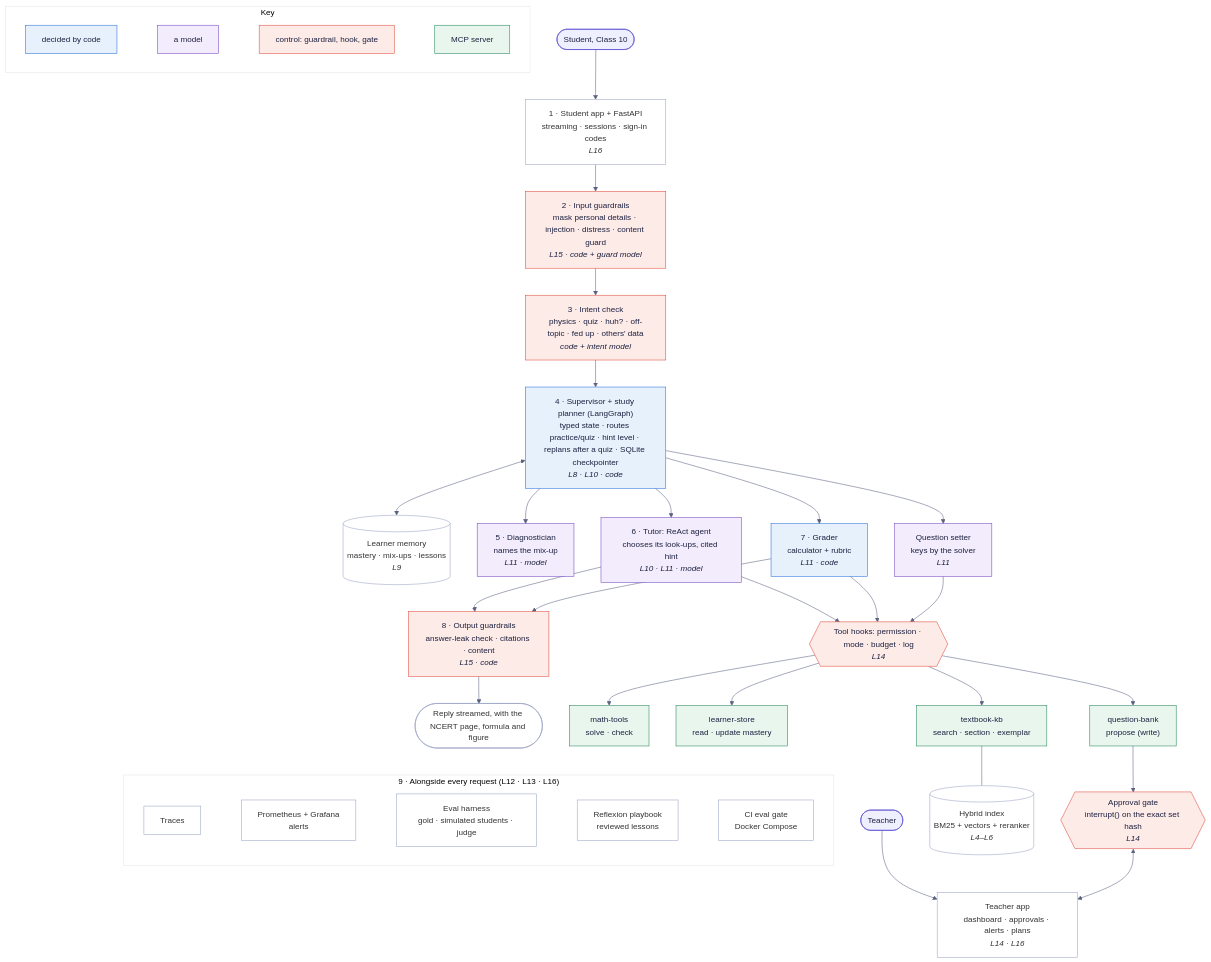
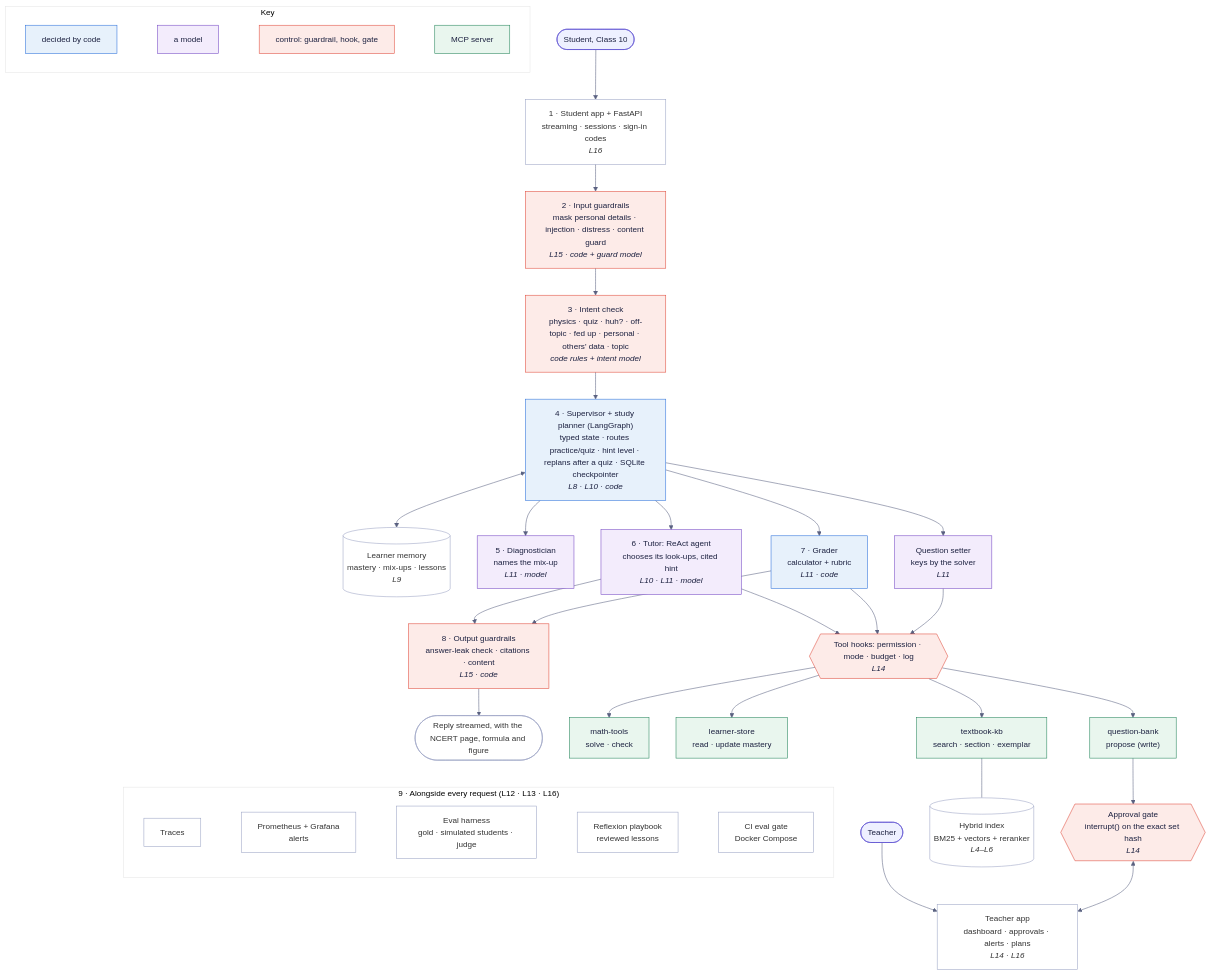
The diagram in docs/architecture.mmd (jileshl/Socratic), drawn with Mermaid before and after one commit. The commit also changed 2 other files, not shown here.

```diff
--- a/docs/architecture.mmd
+++ b/docs/architecture.mmd
@@ -1,41 +1,41 @@
 %%{init: {"theme":"base","themeVariables":{"fontFamily":"Arial","fontSize":"15px","primaryColor":"#ffffff","primaryBorderColor":"#9aa3c4","lineColor":"#5a6180"}}}%%
 flowchart TB
   S([Student, Class 10]):::person --> UI
   T([Teacher]):::person --> TV
   UI["1 · Student app + FastAPI<br/>streaming · sessions · sign-in codes<br/><i>L16</i>"]
   TV["Teacher app<br/>dashboard · approvals · alerts · plans<br/><i>L14 · L16</i>"]
   UI --> IG["2 · Input guardrails<br/>mask personal details · injection · distress · content guard<br/><i>L15 · code + guard model</i>"]:::control
-  IG --> IC["3 · Intent check<br/>physics · quiz · huh? · off-topic · fed up · others' data<br/><i>code + intent model</i>"]:::control
+  IG --> IC["3 · Intent check<br/>physics · quiz · huh? · off-topic · fed up · personal · others' data · topic<br/><i>code rules + intent model</i>"]:::control
   IC --> SUP["4 · Supervisor + study planner (LangGraph)<br/>typed state · routes practice/quiz · hint level · replans after a quiz · SQLite checkpointer<br/><i>L8 · L10 · code</i>"]:::code
   SUP <--> MEM[("Learner memory<br/>mastery · mix-ups · lessons<br/><i>L9</i>")]
   SUP --> D["5 · Diagnostician<br/>names the mix-up<br/><i>L11 · model</i>"]:::model
   SUP --> TU["6 · Tutor: ReAct agent<br/>chooses its look-ups, cited hint<br/><i>L10 · L11 · model</i>"]:::model
   SUP --> G["7 · Grader<br/>calculator + rubric<br/><i>L11 · code</i>"]:::code
   SUP --> QS["Question setter<br/>keys by the solver<br/><i>L11</i>"]:::model
   TU --> H{{"Tool hooks: permission · mode · budget · log<br/><i>L14</i>"}}:::control
   G --> H
   QS --> H
   H --> K["textbook-kb<br/>search · section · exemplar"]:::mcp
   H --> M["math-tools<br/>solve · check"]:::mcp
   H --> L["learner-store<br/>read · update mastery"]:::mcp
   H --> Q["question-bank<br/>propose (write)"]:::mcp
   K --- IDX[("Hybrid index<br/>BM25 + vectors + reranker<br/><i>L4–L6</i>")]
   Q --> AG{{"Approval gate<br/>interrupt() on the exact set hash<br/><i>L14</i>"}}:::control
   AG <--> TV
   TU --> OG["8 · Output guardrails<br/>answer-leak check · citations · content<br/><i>L15 · code</i>"]:::control
   G --> OG
   OG --> R(["Reply streamed, with the NCERT page, formula and figure"])
   subgraph OPS["9 · Alongside every request  (L12 · L13 · L16)"]
     direction LR
     TR[Traces] ~~~ PG[Prometheus + Grafana<br/>alerts] ~~~ EV[Eval harness<br/>gold · simulated students · judge] ~~~ RX[Reflexion playbook<br/>reviewed lessons] ~~~ CI[CI eval gate<br/>Docker Compose]
   end
   R ~~~ OPS
   subgraph KEY["Key"]
     direction LR
     k1["decided by code"]:::code ~~~ k2["a model"]:::model ~~~ k3["control: guardrail, hook, gate"]:::control ~~~ k4["MCP server"]:::mcp
   end
   classDef person fill:#eef0ff,stroke:#5b4fd1,color:#1c2140
   classDef code fill:#e7f1fb,stroke:#2a6fdb,color:#1c2140
   classDef model fill:#f3ecfc,stroke:#7446c4,color:#1c2140
   classDef control fill:#fdebe8,stroke:#e04a3b,color:#1c2140
   classDef mcp fill:#e9f6ee,stroke:#23845a,color:#1c2140
```
